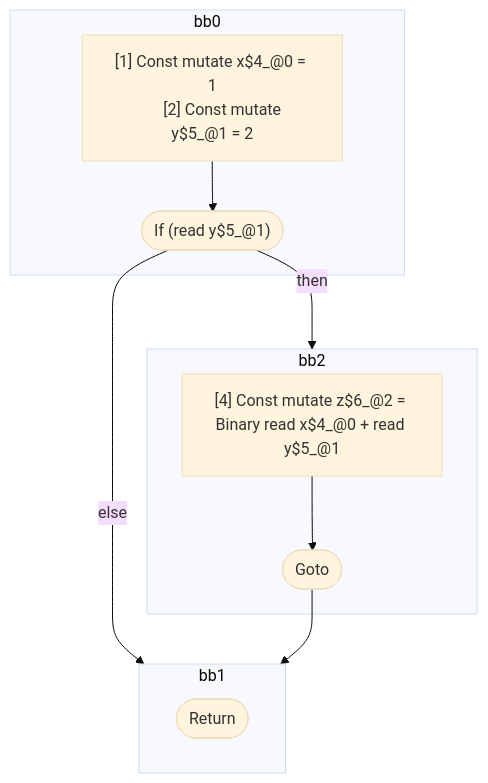
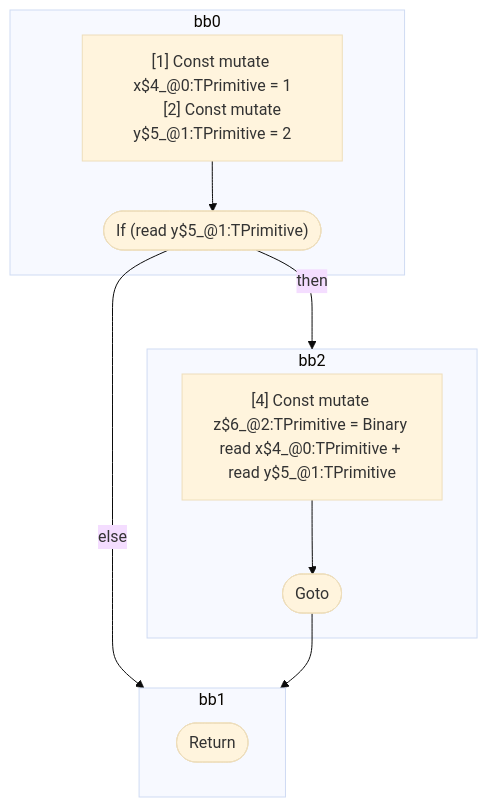
Before and after one commit to wutsmog/private: the diagram in compiler/forget/src/__tests__/fixtures/hir/ssa-single-if.expect.md, drawn with Mermaid (base theme). The commit also changed other lines of this file and 112 other files, not shown here.

````diff
--- a/compiler/forget/src/__tests__/fixtures/hir/ssa-single-if.expect.md
+++ b/compiler/forget/src/__tests__/fixtures/hir/ssa-single-if.expect.md
@@ -52,26 +52,26 @@
 ```mermaid
 flowchart TB
   %% Basic Blocks
   subgraph bb0
     bb0_instrs["
-      [1] Const mutate x$4_@0 = 1
-      [2] Const mutate y$5_@1 = 2
+      [1] Const mutate x$4_@0:TPrimitive = 1
+      [2] Const mutate y$5_@1:TPrimitive = 2
     "]
-    bb0_instrs --> bb0_terminal(["If (read y$5_@1)"])
+    bb0_instrs --> bb0_terminal(["If (read y$5_@1:TPrimitive)"])
   end
   subgraph bb2
     bb2_instrs["
-      [4] Const mutate z$6_@2 = Binary read x$4_@0 + read y$5_@1
+      [4] Const mutate z$6_@2:TPrimitive = Binary read x$4_@0:TPrimitive + read y$5_@1:TPrimitive
     "]
     bb2_instrs --> bb2_terminal(["Goto"])
   end
   subgraph bb1
     bb1_terminal(["Return"])
   end
 
   %% Jumps
   bb0_terminal -- "then" --> bb2
   bb0_terminal -- "else" --> bb1
   bb2_terminal --> bb1
 
 ```
````
